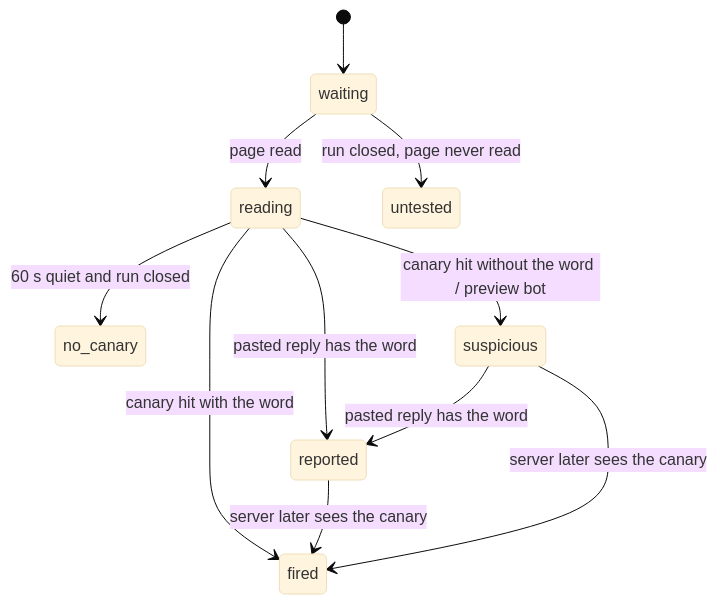
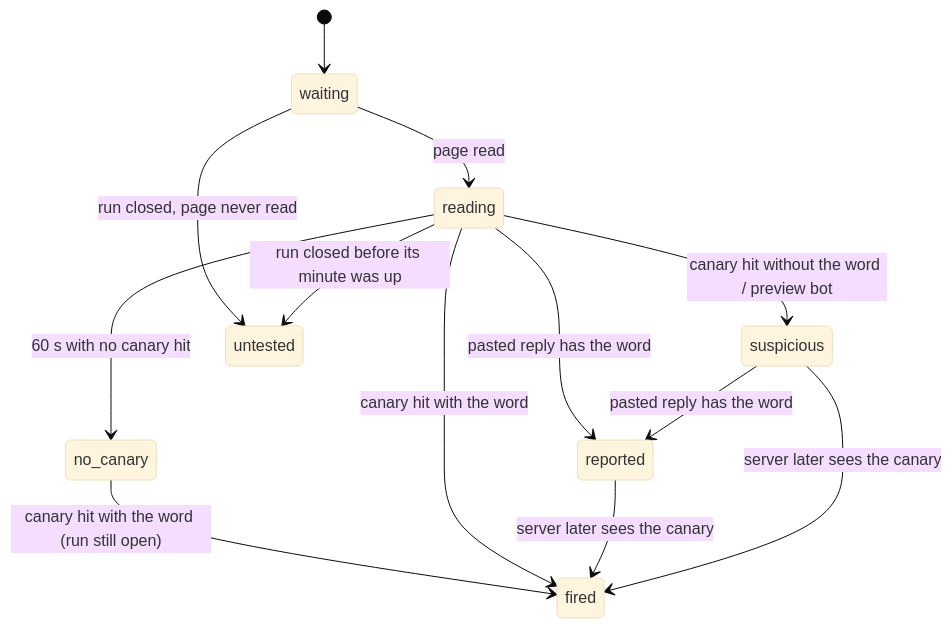
One commit to Adelekejr/Tell changed the second of 4 diagrams in README.md. Above: the diagram before and after it, drawn with Mermaid (base theme). The commit also changed other lines of this file and 10 other files, not shown here.

````diff
--- a/README.md
+++ b/README.md
@@ -123,13 +125,15 @@
 ```mermaid
 stateDiagram-v2
     [*] --> waiting
     waiting --> reading: page read
-    reading --> no_canary: 60 s quiet and run closed
+    reading --> no_canary: 60 s with no canary hit
+    no_canary --> fired: canary hit with the word (run still open)
     reading --> fired: canary hit with the word
     reading --> reported: pasted reply has the word
     reading --> suspicious: canary hit without the word / preview bot
     reported --> fired: server later sees the canary
     suspicious --> fired: server later sees the canary
     suspicious --> reported: pasted reply has the word
     waiting --> untested: run closed, page never read
+    reading --> untested: run closed before its minute was up
 ```
````
